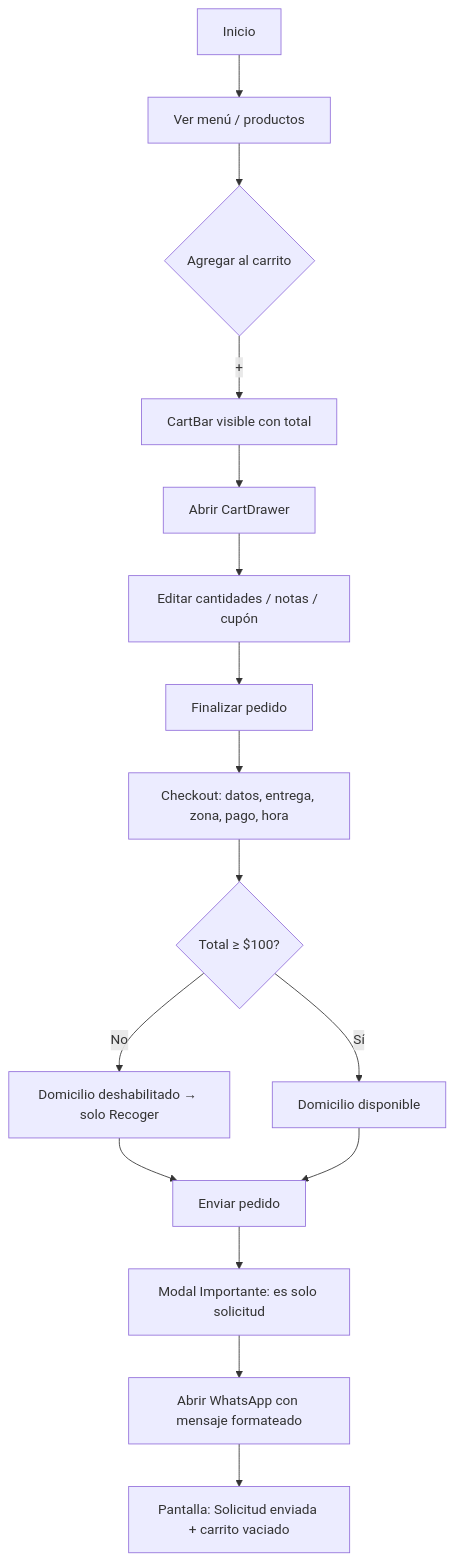
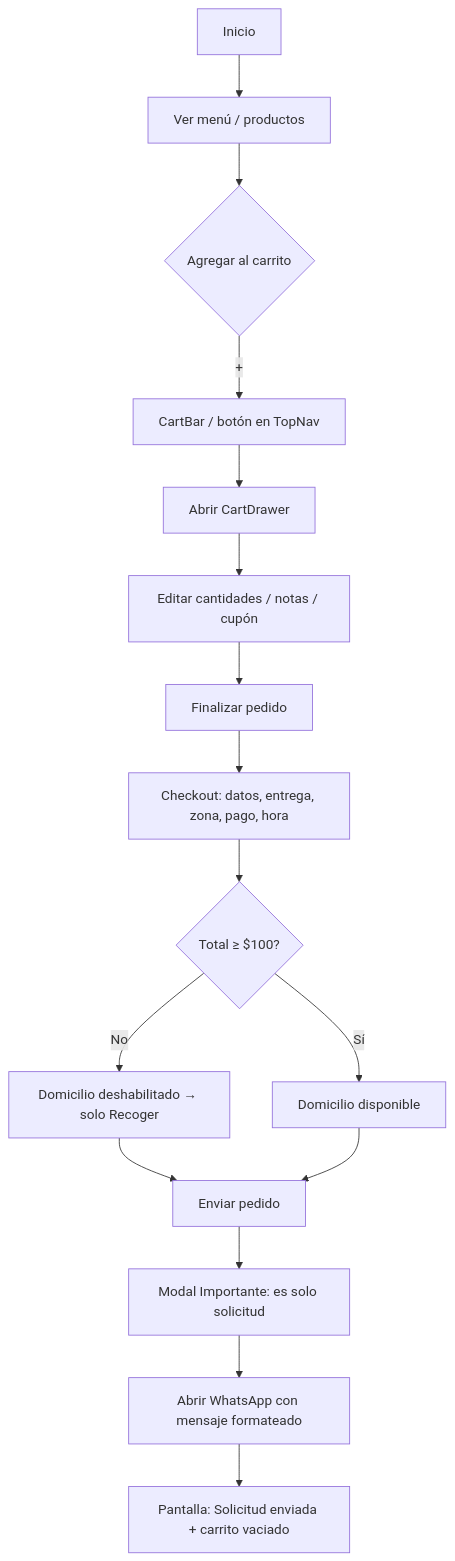
One commit to ldmh93/toppifresa changed the third of 3 diagrams in ARCHITECTURE.md. Above: the diagram before and after it, drawn with Mermaid. The commit also changed other lines of this file and 6 other files, not shown here.

````diff
--- a/ARCHITECTURE.md
+++ b/ARCHITECTURE.md
@@ -193,18 +377,18 @@
 ```mermaid
 flowchart TD
     A[Inicio] --> B[Ver menú / productos]
     B --> C{Agregar al carrito}
-    C -->|+| D[CartBar visible con total]
+    C -->|+| D[CartBar / botón en TopNav]
     D --> E[Abrir CartDrawer]
     E --> F[Editar cantidades / notas / cupón]
     F --> G[Finalizar pedido]
     G --> H[Checkout: datos, entrega, zona, pago, hora]
     H --> I{Total ≥ $100?}
     I -->|No| J[Domicilio deshabilitado → solo Recoger]
     I -->|Sí| K[Domicilio disponible]
     J --> L[Enviar pedido]
     K --> L
     L --> M[Modal Importante: es solo solicitud]
     M --> N[Abrir WhatsApp con mensaje formateado]
     N --> O[Pantalla: Solicitud enviada + carrito vaciado]
 ```
````
